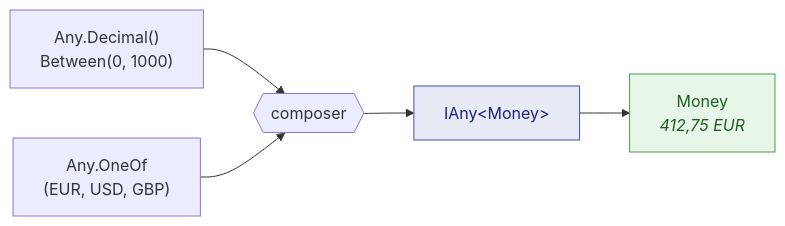
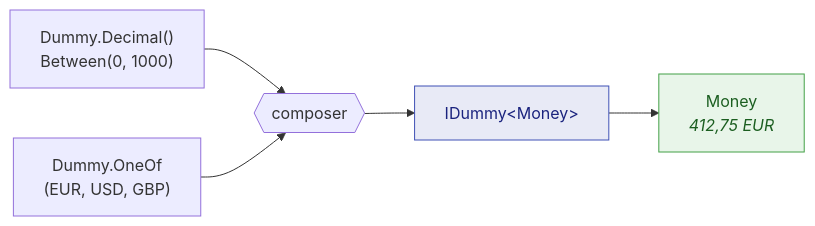
One commit to Reefact/just-dummies changed the diagram in doc/handwritten/for-users/guides/composition.fr.md. Above: the diagram before and after it, drawn with Mermaid. The commit also changed other lines of this file and 755 other files, not shown here.

````diff
--- a/doc/handwritten/for-users/guides/composition.fr.md
+++ b/doc/handwritten/for-users/guides/composition.fr.md
@@ -42,11 +42,11 @@
 ```mermaid
 flowchart LR
-    accTitle: Comment Any.Combine compose deux générateurs en un seul
-    accDescr: Un générateur de decimal borné entre 0 et 1000 et un choix parmi EUR, USD et GBP sont composés en un seul IAny de Money, qui tire un Money tel que 412,75 EUR.
-    A["Any.Decimal()<br/>Between(0, 1000)"] --> C{{"composer"}}
-    B["Any.OneOf<br/>(EUR, USD, GBP)"] --> C
-    C --> M["IAny&lt;Money&gt;"]
+    accTitle: Comment Dummy.Combine compose deux générateurs en un seul
+    accDescr: Un générateur de decimal borné entre 0 et 1000 et un choix parmi EUR, USD et GBP sont composés en un seul IDummy de Money, qui tire un Money tel que 412,75 EUR.
+    A["Dummy.Decimal()<br/>Between(0, 1000)"] --> C{{"composer"}}
+    B["Dummy.OneOf<br/>(EUR, USD, GBP)"] --> C
+    C --> M["IDummy&lt;Money&gt;"]
     M --> V["Money<br/><i>412,75 EUR</i>"]
     style M fill:#e8eaf6,stroke:#3f51b5,color:#1a237e
     style V fill:#e8f5e9,stroke:#43a047,color:#1b5e20
 ```
````
